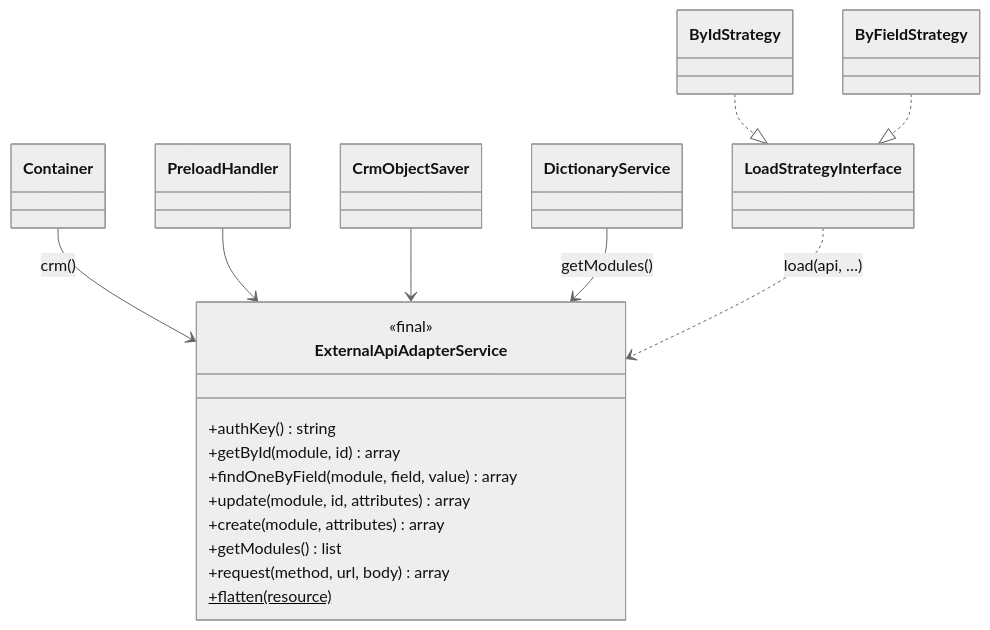
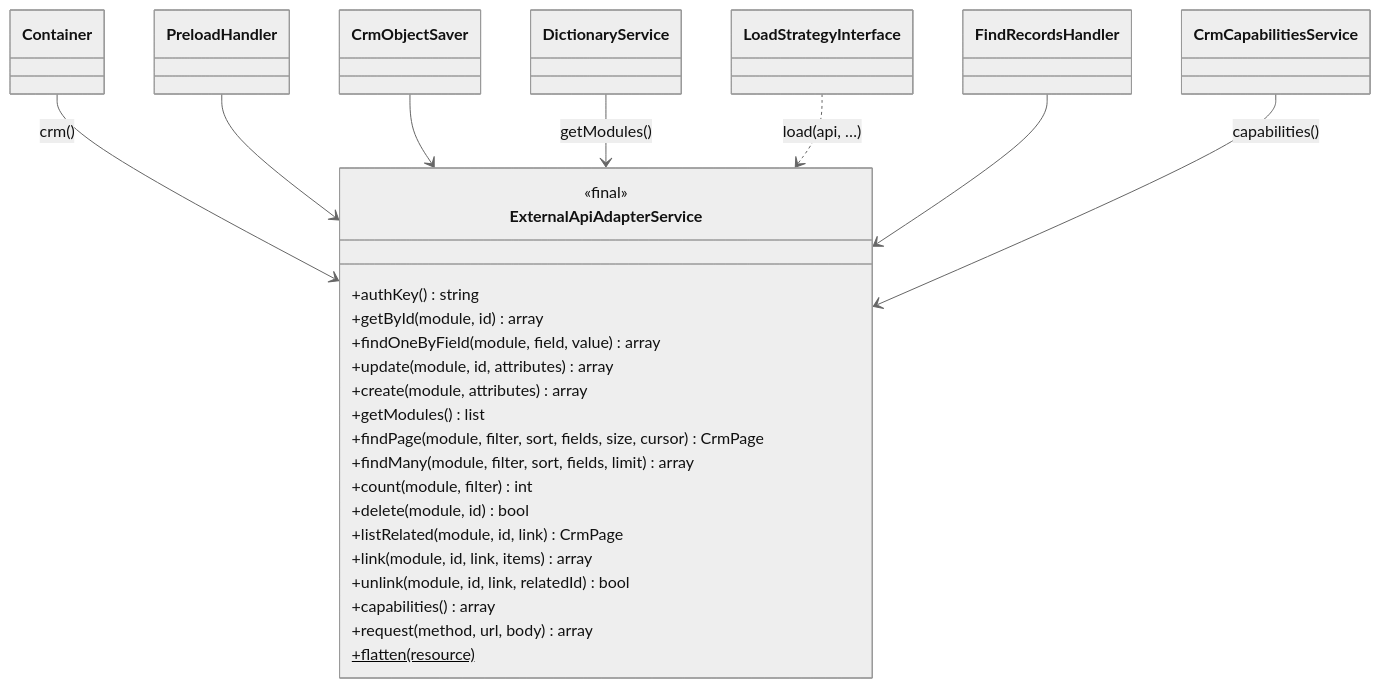
The diagram in doc/en/07-developer-guide/extending/new-crm-adapter.md (madarch-labs/Workflow-Processing-Service), drawn with Mermaid (neutral theme) before and after one commit. The commit also changed other lines of this file and 470 other files, not shown here.

````diff
--- a/doc/en/07-developer-guide/extending/new-crm-adapter.md
+++ b/doc/en/07-developer-guide/extending/new-crm-adapter.md
@@ -17,21 +17,29 @@
 ```mermaid
 classDiagram
     class ExternalApiAdapterService {
         <<final>>
         +authKey() string
         +getById(module, id) array
         +findOneByField(module, field, value) array
         +update(module, id, attributes) array
         +create(module, attributes) array
         +getModules() list
+        +findPage(module, filter, sort, fields, size, cursor) CrmPage
+        +findMany(module, filter, sort, fields, limit) array
+        +count(module, filter) int
+        +delete(module, id) bool
+        +listRelated(module, id, link) CrmPage
+        +link(module, id, link, items) array
+        +unlink(module, id, link, relatedId) bool
+        +capabilities() array
         +request(method, url, body) array
         +flatten(resource)$
     }
     Container --> ExternalApiAdapterService : crm()
     PreloadHandler --> ExternalApiAdapterService
     CrmObjectSaver --> ExternalApiAdapterService
     DictionaryService --> ExternalApiAdapterService : getModules()
     LoadStrategyInterface ..> ExternalApiAdapterService : load(api, …)
-    ByIdStrategy ..|> LoadStrategyInterface
-    ByFieldStrategy ..|> LoadStrategyInterface
+    FindRecordsHandler --> ExternalApiAdapterService
+    CrmCapabilitiesService --> ExternalApiAdapterService : capabilities()
 ```
````
